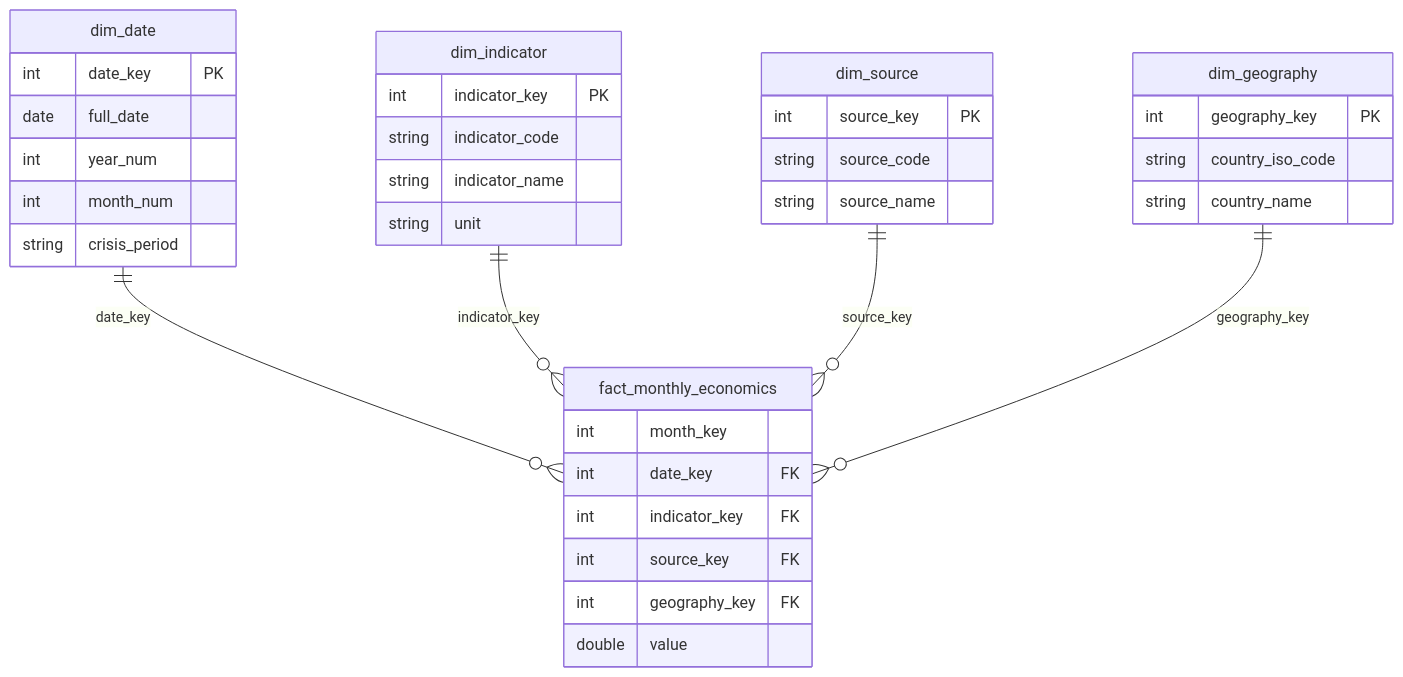
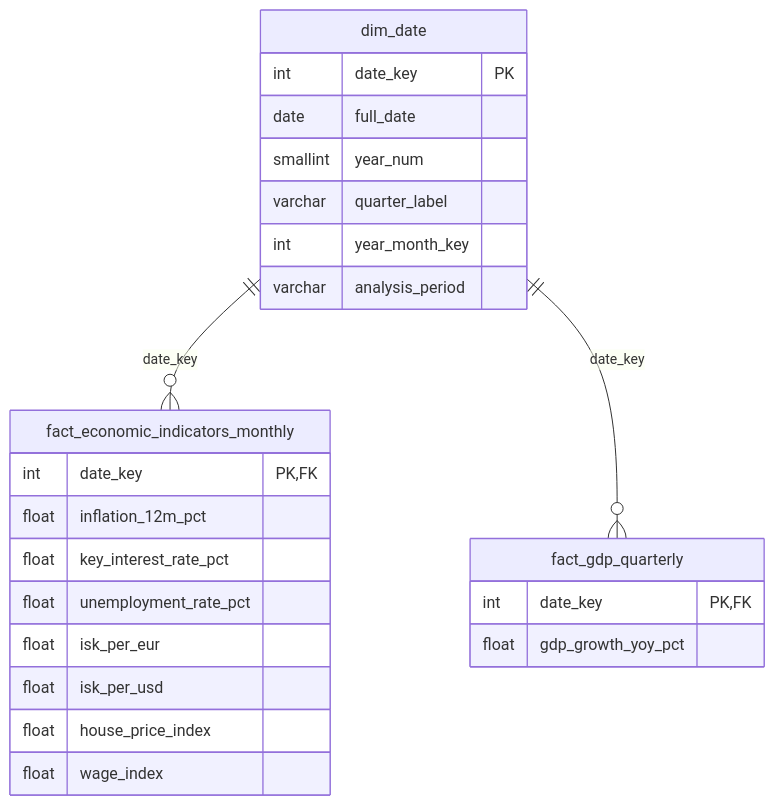
The third of 3 diagrams in README.md (elvarlax/iceland-economic-analytics), drawn with Mermaid before and after one commit. The commit also changed other lines of this file and 44 other files, not shown here.

````diff
--- a/README.md
+++ b/README.md
@@ -200,39 +119,28 @@
 ```mermaid
 erDiagram
-    fact_monthly_economics {
-        int month_key
-        int date_key FK
-        int indicator_key FK
-        int source_key FK
-        int geography_key FK
-        double value
-    }
     dim_date {
         int date_key PK
         date full_date
-        int year_num
-        int month_num
-        string crisis_period
+        smallint year_num
+        varchar quarter_label
+        int year_month_key
+        varchar analysis_period
     }
-    dim_indicator {
-        int indicator_key PK
-        string indicator_code
-        string indicator_name
-        string unit
+    fact_economic_indicators_monthly {
+        int date_key PK, FK
+        float inflation_12m_pct
+        float key_interest_rate_pct
+        float unemployment_rate_pct
+        float isk_per_eur
+        float isk_per_usd
+        float house_price_index
+        float wage_index
     }
-    dim_source {
-        int source_key PK
-        string source_code
-        string source_name
-    }
-    dim_geography {
-        int geography_key PK
-        string country_iso_code
-        string country_name
+    fact_gdp_quarterly {
+        int date_key PK, FK
+        float gdp_growth_yoy_pct
     }
 
-    dim_date ||--o{ fact_monthly_economics : "date_key"
-    dim_indicator ||--o{ fact_monthly_economics : "indicator_key"
-    dim_source ||--o{ fact_monthly_economics : "source_key"
-    dim_geography ||--o{ fact_monthly_economics : "geography_key"
+    dim_date ||--o{ fact_economic_indicators_monthly : date_key
+    dim_date ||--o{ fact_gdp_quarterly : date_key
 ```
````
